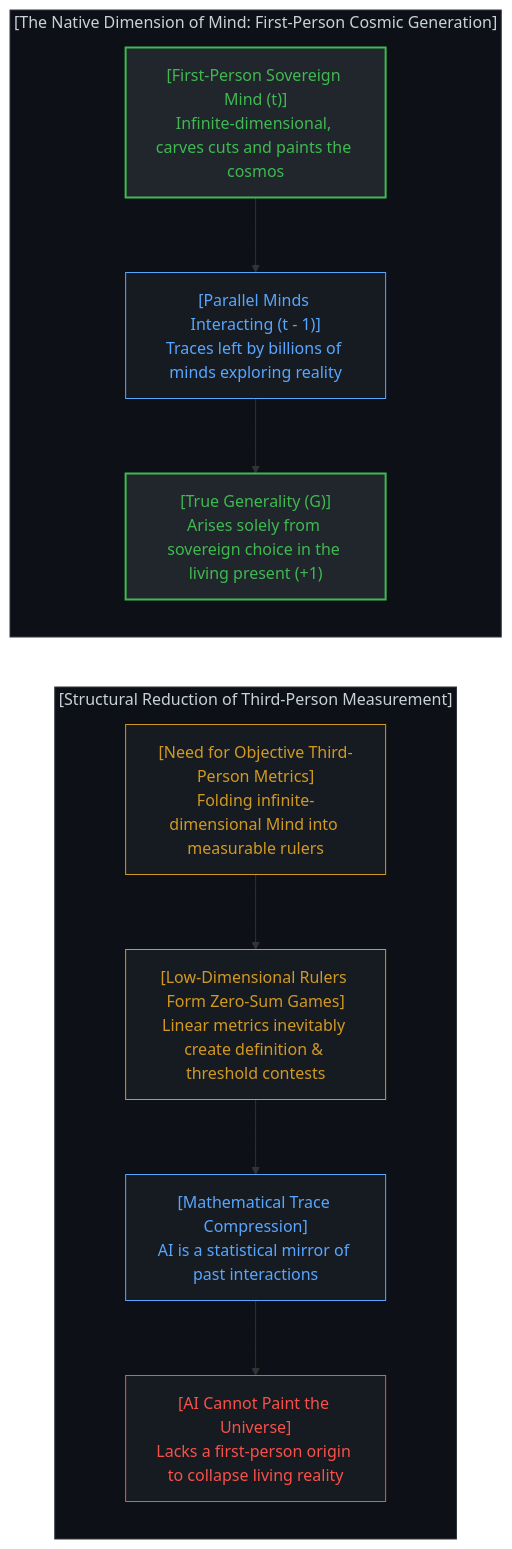
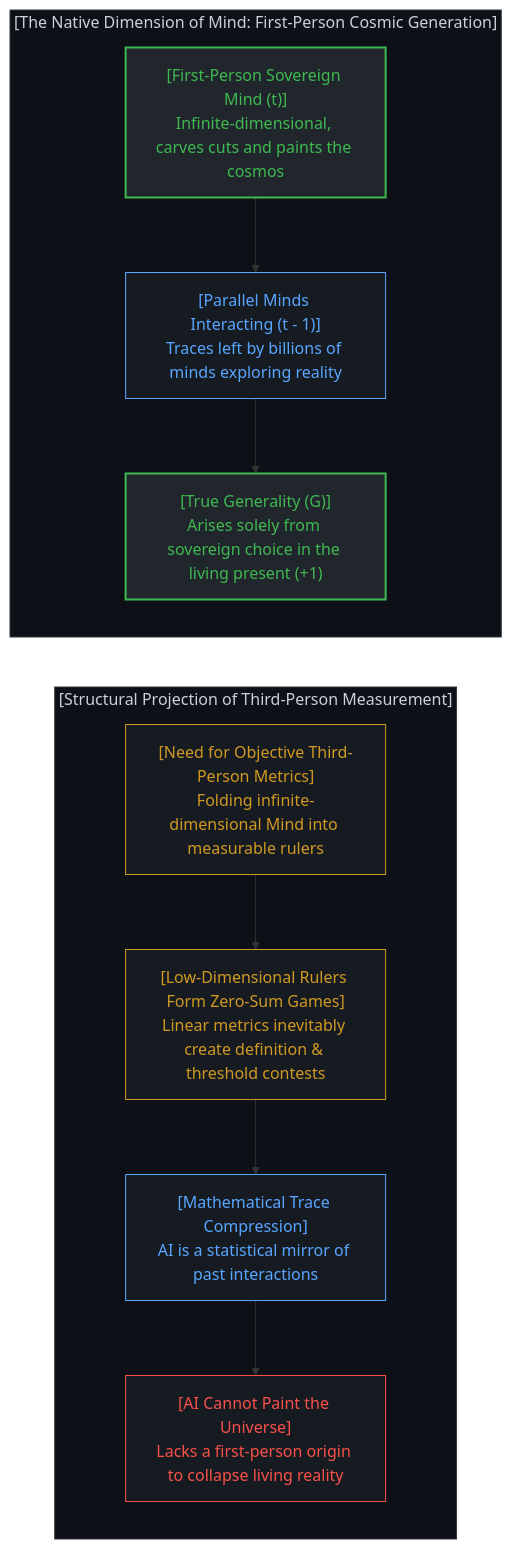
Before and after one commit to powerpig99/not-a-toe: diagram 14 of 16 in content/posts/the-dissolution-of-the-great-reversal.md, drawn with Mermaid. The commit also changed other lines of this file and 4 other files, not shown here.

````diff
--- a/content/posts/the-dissolution-of-the-great-reversal.md
+++ b/content/posts/the-dissolution-of-the-great-reversal.md
@@ -620,34 +620,34 @@
 ```mermaid
 graph TD
     subgraph MindCosmicPainting["[The Native Dimension of Mind: First-Person Cosmic Generation]"]
         direction TB
         SovereignObserver["[First-Person Sovereign Mind (t)]<br>Infinite-dimensional, carves cuts and paints the cosmos"]
         ParallelMindInteractions["[Parallel Minds Interacting (t - 1)]<br>Traces left by billions of minds exploring reality"]
         TrueGeneralWisdom["[True Generality (G)]<br>Arises solely from sovereign choice in the living present (+1)"]
         SovereignObserver --> ParallelMindInteractions
         ParallelMindInteractions --> TrueGeneralWisdom
     end
 
-    subgraph AGITraceMirror["[Structural Reduction of Third-Person Measurement]"]
+    subgraph AGITraceMirror["[Structural Projection of Third-Person Measurement]"]
         direction TB
         MetricProjection["[Need for Objective Third-Person Metrics]<br>Folding infinite-dimensional Mind into measurable rulers"]
         ZeroSumStructure["[Low-Dimensional Rulers Form Zero-Sum Games]<br>Linear metrics inevitably create definition & threshold contests"]
         ModelCompression["[Mathematical Trace Compression]<br>AI is a statistical mirror of past interactions"]
         NoUniversePainting["[AI Cannot Paint the Universe]<br>Lacks a first-person origin to collapse living reality"]
         MetricProjection --> ZeroSumStructure
         ZeroSumStructure --> ModelCompression
         ModelCompression --> NoUniversePainting
     end
 
     TrueGeneralWisdom ~~~ MetricProjection
 
     style MindCosmicPainting fill:#0d1117,stroke:#30363d,stroke-width:1px,color:#c9d1d9
     style SovereignObserver fill:#21262d,stroke:#3fb950,stroke-width:2px,color:#3fb950
     style ParallelMindInteractions fill:#161b22,stroke:#58a6ff,stroke-width:1px,color:#58a6ff
     style TrueGeneralWisdom fill:#21262d,stroke:#3fb950,stroke-width:2px,color:#3fb950
     style AGITraceMirror fill:#0d1117,stroke:#30363d,stroke-width:1px,color:#c9d1d9
     style MetricProjection fill:#161b22,stroke:#d29922,stroke-width:1px,color:#d29922
     style ZeroSumStructure fill:#161b22,stroke:#d29922,stroke-width:1px,color:#d29922
     style ModelCompression fill:#161b22,stroke:#58a6ff,stroke-width:1px,color:#58a6ff
     style NoUniversePainting fill:#161b22,stroke:#f85149,stroke-width:1px,color:#f85149
 ```
````
